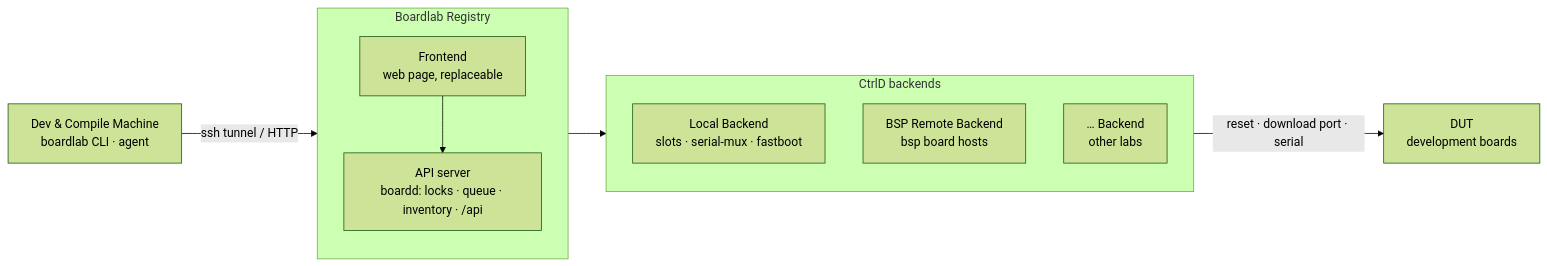
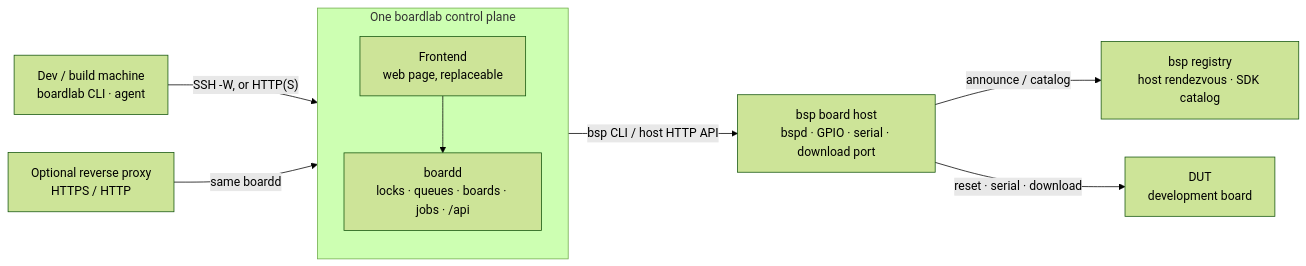
Before and after one commit to rzbdz/better-boardlab: the diagram in README.md, drawn with Mermaid (forest theme). The commit also changed other lines of this file and 3 other files, not shown here.

````diff
--- a/README.md
+++ b/README.md
@@ -25,20 +25,19 @@
 ```mermaid
 flowchart LR
-  dev["Dev & Compile Machine<br/>boardlab CLI · agent"]
-  subgraph registry["Boardlab Registry"]
+  dev["Dev / build machine<br/>boardlab CLI · agent"]
+  proxy["Optional reverse proxy<br/>HTTPS / HTTP"]
+  subgraph central["One boardlab control plane"]
     direction TB
     ui["Frontend<br/>web page, replaceable"]
-    api["API server<br/>boardd: locks · queue · inventory · /api"]
+    api["boardd<br/>locks · queues · boards · jobs · /api"]
     ui --> api
   end
-  subgraph ctrld["CtrlD backends"]
-    direction TB
-    local["Local Backend<br/>slots · serial-mux · fastboot"]
-    bsp["BSP Remote Backend<br/>bsp board hosts"]
-    other["… Backend<br/>other labs"]
-  end
-  dut["DUT<br/>development boards"]
-  dev -- "ssh tunnel / HTTP" --> api
-  api --> ctrld
-  ctrld -- "reset · download port · serial" --> dut
+  host["bsp board host<br/>bspd · GPIO · serial · download port"]
+  registry["bsp registry<br/>host rendezvous · SDK catalog"]
+  dut["DUT<br/>development board"]
+  dev -- "SSH -W, or HTTP(S)" --> api
+  proxy -- "same boardd" --> api
+  api -- "bsp CLI / host HTTP API" --> host
+  host -- "announce / catalog" --> registry
+  host -- "reset · serial · download" --> dut
 ```
````
